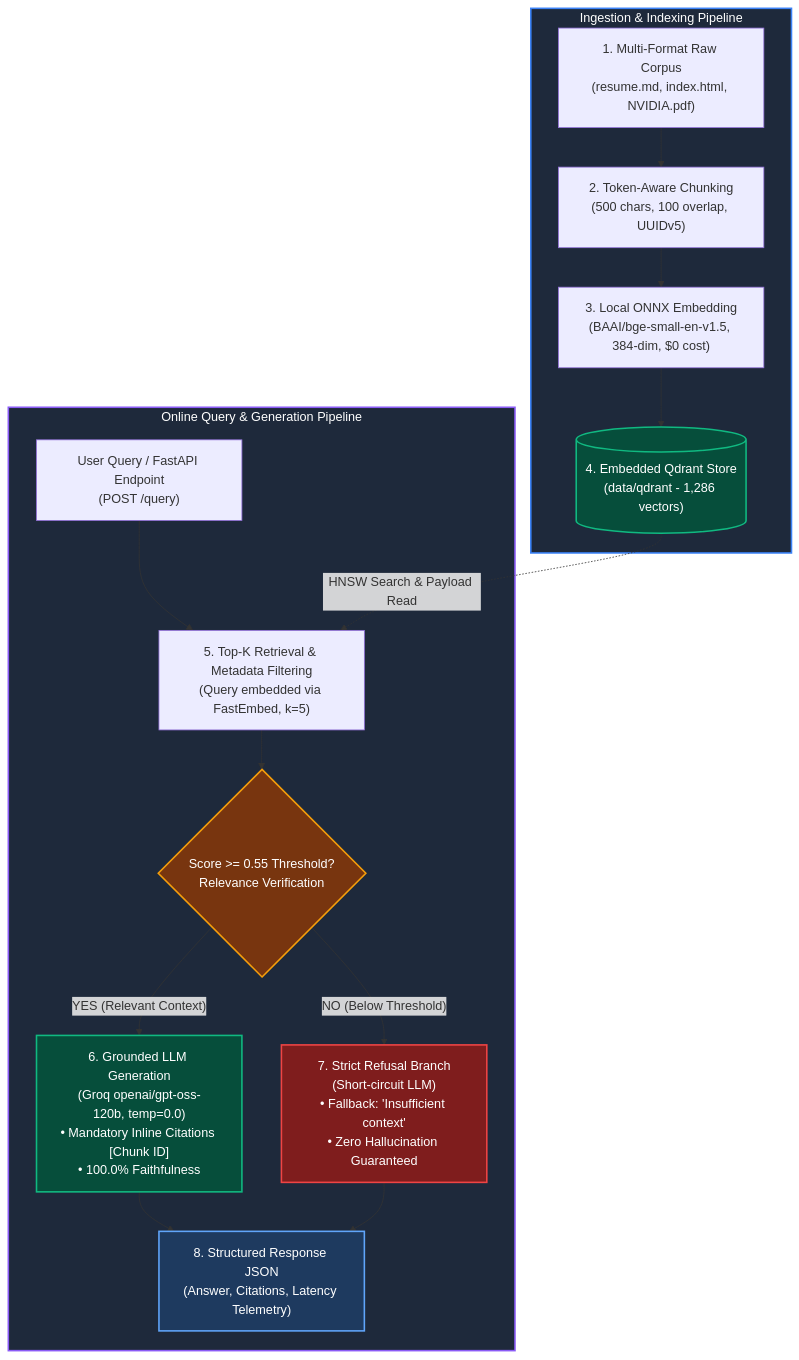
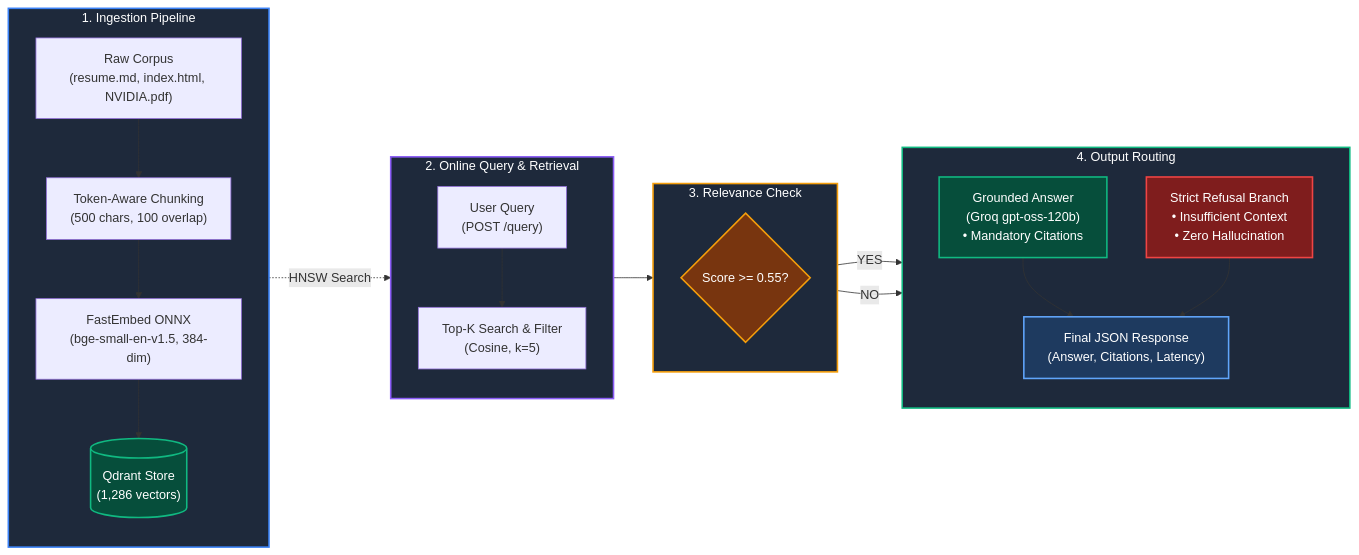
One commit to farhanrhine/synlabs changed the first of 2 diagrams in README.md. Above: the diagram before and after it, drawn with Mermaid. The commit also changed other lines of this file, not shown here.

Commit message:
docs: convert Mermaid architecture diagrams to horizontal flowchart LR for single-screen capture

````diff
--- a/README.md
+++ b/README.md
@@ -40,28 +40,47 @@
 ```mermaid
-flowchart TD
-    subgraph Ingestion["Ingestion & Indexing Pipeline"]
-        A["1. Multi-Format Raw Corpus<br/>(resume.md, index.html, NVIDIA.pdf)"] --> B["2. Token-Aware Chunking<br/>(500 chars, 100 overlap, UUIDv5)"]
-        B --> C["3. Local ONNX Embedding<br/>(BAAI/bge-small-en-v1.5, 384-dim, $0 cost)"]
-        C --> D[("4. Embedded Qdrant Store<br/>(data/qdrant - 1,286 vectors)")]
+flowchart LR
+    subgraph Ingestion["1. Ingestion Pipeline"]
+        direction TB
+        A["Raw Corpus<br/>(resume.md, index.html, NVIDIA.pdf)"]
+        B["Token-Aware Chunking<br/>(500 chars, 100 overlap)"]
+        C["FastEmbed ONNX<br/>(bge-small-en-v1.5, 384-dim)"]
+        D[("Qdrant Store<br/>(1,286 vectors)")]
+        A --> B --> C --> D
     end
 
-    subgraph QueryPipeline["Online Query & Generation Pipeline"]
-        Q["User Query / FastAPI Endpoint<br/>(POST /query)"] --> R["5. Top-K Retrieval & Metadata Filtering<br/>(Query embedded via FastEmbed, k=5)"]
-        D -.->|"HNSW Search & Payload Read"| R
-        R --> Dec{"Score >= 0.55 Threshold?<br/>Relevance Verification"}
-        
-        Dec -->|"YES (Relevant Context)"| G["6. Grounded LLM Generation<br/>(Groq openai/gpt-oss-120b, temp=0.0)<br/>• Mandatory Inline Citations [Chunk ID]<br/>• 100.0% Faithfulness"]
-        Dec -->|"NO (Below Threshold)"| F["7. Strict Refusal Branch<br/>(Short-circuit LLM)<br/>• Fallback: 'Insufficient context'<br/>• Zero Hallucination Guaranteed"]
-        
-        G --> Out["8. Structured Response JSON<br/>(Answer, Citations, Latency Telemetry)"]
+    subgraph Query["2. Online Query & Retrieval"]
+        direction TB
+        Q["User Query<br/>(POST /query)"]
+        R["Top-K Search & Filter<br/>(Cosine, k=5)"]
+        Q --> R
+    end
+
+    subgraph Decision["3. Relevance Check"]
+        direction TB
+        Dec{"Score >= 0.55?"}
+    end
+
+    subgraph Generation["4. Output Routing"]
+        direction TB
+        G["Grounded Answer<br/>(Groq gpt-oss-120b)<br/>• Mandatory Citations"]
+        F["Strict Refusal Branch<br/>• Insufficient Context<br/>• Zero Hallucination"]
+        Out["Final JSON Response<br/>(Answer, Citations, Latency)"]
+        G --> Out
         F --> Out
     end
 
+    D -.->|"HNSW Search"| R
+    R --> Dec
+    Dec -->|"YES"| G
+    Dec -->|"NO"| F
+
     style Ingestion fill:#1e293b,stroke:#3b82f6,stroke-width:2px,color:#fff
-    style QueryPipeline fill:#1e293b,stroke:#8b5cf6,stroke-width:2px,color:#fff
+    style Query fill:#1e293b,stroke:#8b5cf6,stroke-width:2px,color:#fff
+    style Decision fill:#1e293b,stroke:#f59e0b,stroke-width:2px,color:#fff
+    style Generation fill:#1e293b,stroke:#10b981,stroke-width:2px,color:#fff
     style D fill:#064e3b,stroke:#10b981,stroke-width:2px,color:#fff
     style Dec fill:#78350f,stroke:#f59e0b,stroke-width:2px,color:#fff
     style G fill:#064e3b,stroke:#10b981,stroke-width:2px,color:#fff
     style F fill:#7f1d1d,stroke:#ef4444,stroke-width:2px,color:#fff
     style Out fill:#1e3a5f,stroke:#60a5fa,stroke-width:2px,color:#fff
 ```
````
